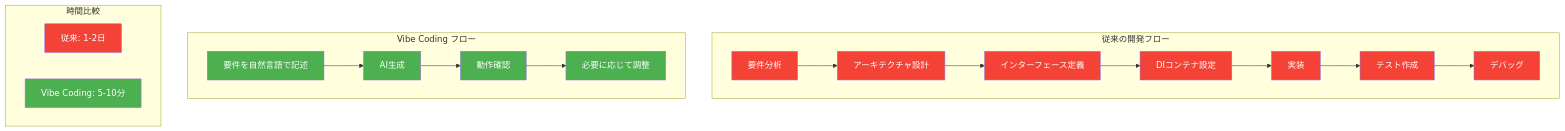
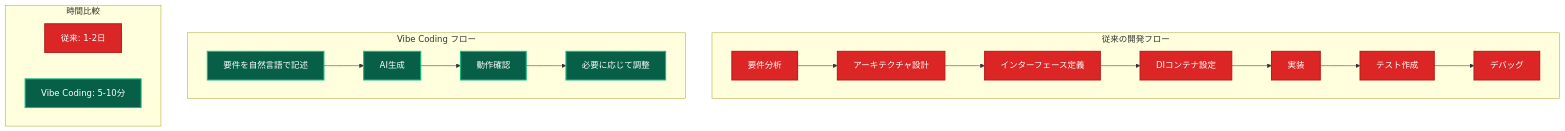
The tenth of 12 diagrams in _DOCS/guides/ddd/concepts/whats-di.md (derushio/d-next-ddd-example), drawn with Mermaid before and after one commit. The commit also changed other lines of this file and 31 other files, not shown here.

Commit message:
🎨: DOCSのMermaid図表カラーテーマを暗色に統一し視認性を向上

````diff
--- a/_DOCS/guides/ddd/concepts/whats-di.md
+++ b/_DOCS/guides/ddd/concepts/whats-di.md
@@ -701,37 +701,37 @@
 ```mermaid
 graph TD
     subgraph "従来の開発フロー"
         A[要件分析] --> B[アーキテクチャ設計]
         B --> C[インターフェース定義]
         C --> D[DIコンテナ設定]
         D --> E[実装]
         E --> F[テスト作成]
         F --> G[デバッグ]
     end
     
     subgraph "Vibe Coding フロー"
         H[要件を自然言語で記述] --> I[AI生成]
         I --> J[動作確認]
         J --> K[必要に応じて調整]
     end
     
     subgraph "時間比較"
         L[従来: 1-2日] 
         M[Vibe Coding: 5-10分]
     end
     
-    style A fill:#f44336,color:#fff
-    style B fill:#f44336,color:#fff
-    style C fill:#f44336,color:#fff
-    style D fill:#f44336,color:#fff
-    style E fill:#f44336,color:#fff
-    style F fill:#f44336,color:#fff
-    style G fill:#f44336,color:#fff
-    style L fill:#f44336,color:#fff
+    style A fill:#dc2626,stroke:#b91c1c,stroke-width:2px,color:#ffffff
+    style B fill:#dc2626,stroke:#b91c1c,stroke-width:2px,color:#ffffff
+    style C fill:#dc2626,stroke:#b91c1c,stroke-width:2px,color:#ffffff
+    style D fill:#dc2626,stroke:#b91c1c,stroke-width:2px,color:#ffffff
+    style E fill:#dc2626,stroke:#b91c1c,stroke-width:2px,color:#ffffff
+    style F fill:#dc2626,stroke:#b91c1c,stroke-width:2px,color:#ffffff
+    style G fill:#dc2626,stroke:#b91c1c,stroke-width:2px,color:#ffffff
+    style L fill:#dc2626,stroke:#b91c1c,stroke-width:2px,color:#ffffff
     
-    style H fill:#4caf50,color:#fff
-    style I fill:#4caf50,color:#fff
-    style J fill:#4caf50,color:#fff
-    style K fill:#4caf50,color:#fff
-    style M fill:#4caf50,color:#fff
+    style H fill:#065f46,stroke:#10b981,stroke-width:2px,color:#ffffff
+    style I fill:#065f46,stroke:#10b981,stroke-width:2px,color:#ffffff
+    style J fill:#065f46,stroke:#10b981,stroke-width:2px,color:#ffffff
+    style K fill:#065f46,stroke:#10b981,stroke-width:2px,color:#ffffff
+    style M fill:#065f46,stroke:#10b981,stroke-width:2px,color:#ffffff
 ```
````
